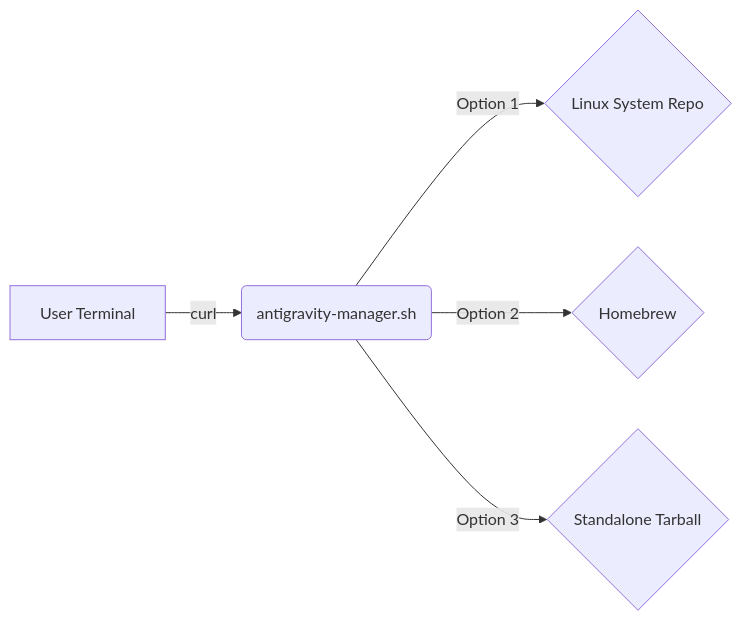
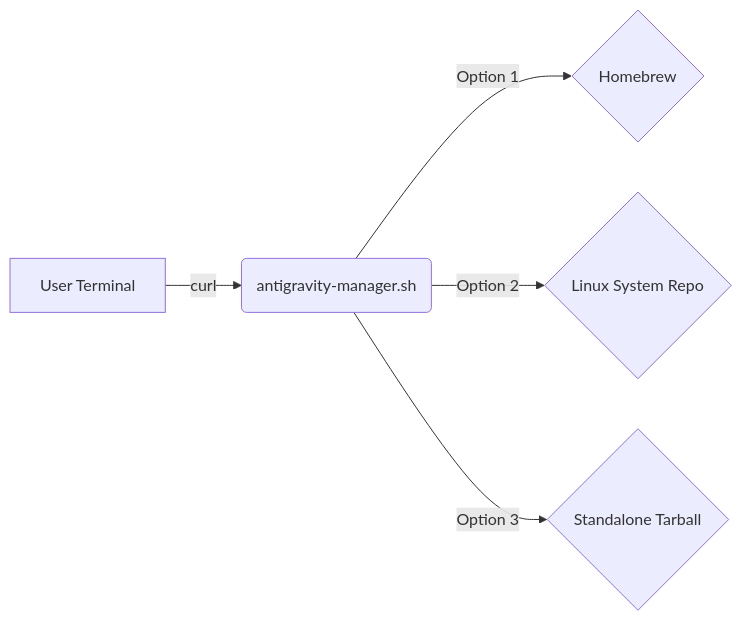
The diagram in README.md (wtg-codes/agv-easy-install), drawn with Mermaid before and after one commit. The commit also changed other lines of this file and 2 other files, not shown here.

````diff
--- a/README.md
+++ b/README.md
@@ -25,7 +25,7 @@
 ```mermaid
 graph LR
     A[User Terminal] -->|curl| B(antigravity-manager.sh)
-    B -->|Option 1| C{Linux System Repo}
-    B -->|Option 2| D{Homebrew}
+    B -->|Option 1| C{Homebrew}
+    B -->|Option 2| D{Linux System Repo}
     B -->|Option 3| E{Standalone Tarball}
 ```
````
